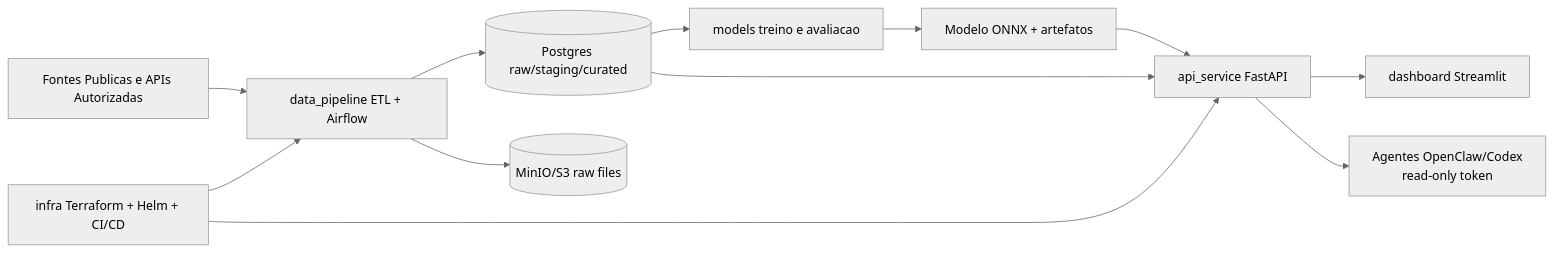
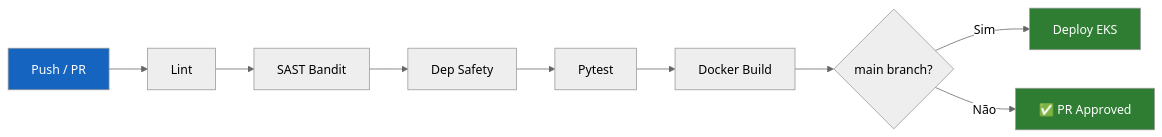
One commit to maykonlincolnusa/Security-Bank-assessment changed the second of 2 diagrams in README.md. Above: the diagram before and after it, drawn with Mermaid (neutral theme). The commit also changed other lines of this file, not shown here.

````diff
--- a/README.md
+++ b/README.md
@@ -9,14 +519,15 @@
 ```mermaid
-flowchart LR
-    A[Fontes Publicas e APIs Autorizadas] --> B[data_pipeline ETL + Airflow]
-    B --> C[(Postgres raw/staging/curated)]
-    B --> D[(MinIO/S3 raw files)]
-    C --> E[models treino e avaliacao]
-    E --> F[Modelo ONNX + artefatos]
-    F --> G[api_service FastAPI]
-    C --> G
-    G --> H[dashboard Streamlit]
-    G --> I[Agentes OpenClaw/Codex\nread-only token]
-    J[infra Terraform + Helm + CI/CD] --> B
-    J --> G
+graph LR
+    A[Push / PR] --> B[Lint]
+    B --> C[SAST Bandit]
+    C --> D[Dep Safety]
+    D --> E[Pytest]
+    E --> F[Docker Build]
+    F --> G{main branch?}
+    G -->|Sim| H[Deploy EKS]
+    G -->|Não| I[✅ PR Approved]
+
+    style A fill:#1565c0,color:#fff
+    style H fill:#2e7d32,color:#fff
+    style I fill:#2e7d32,color:#fff
 ```
````
